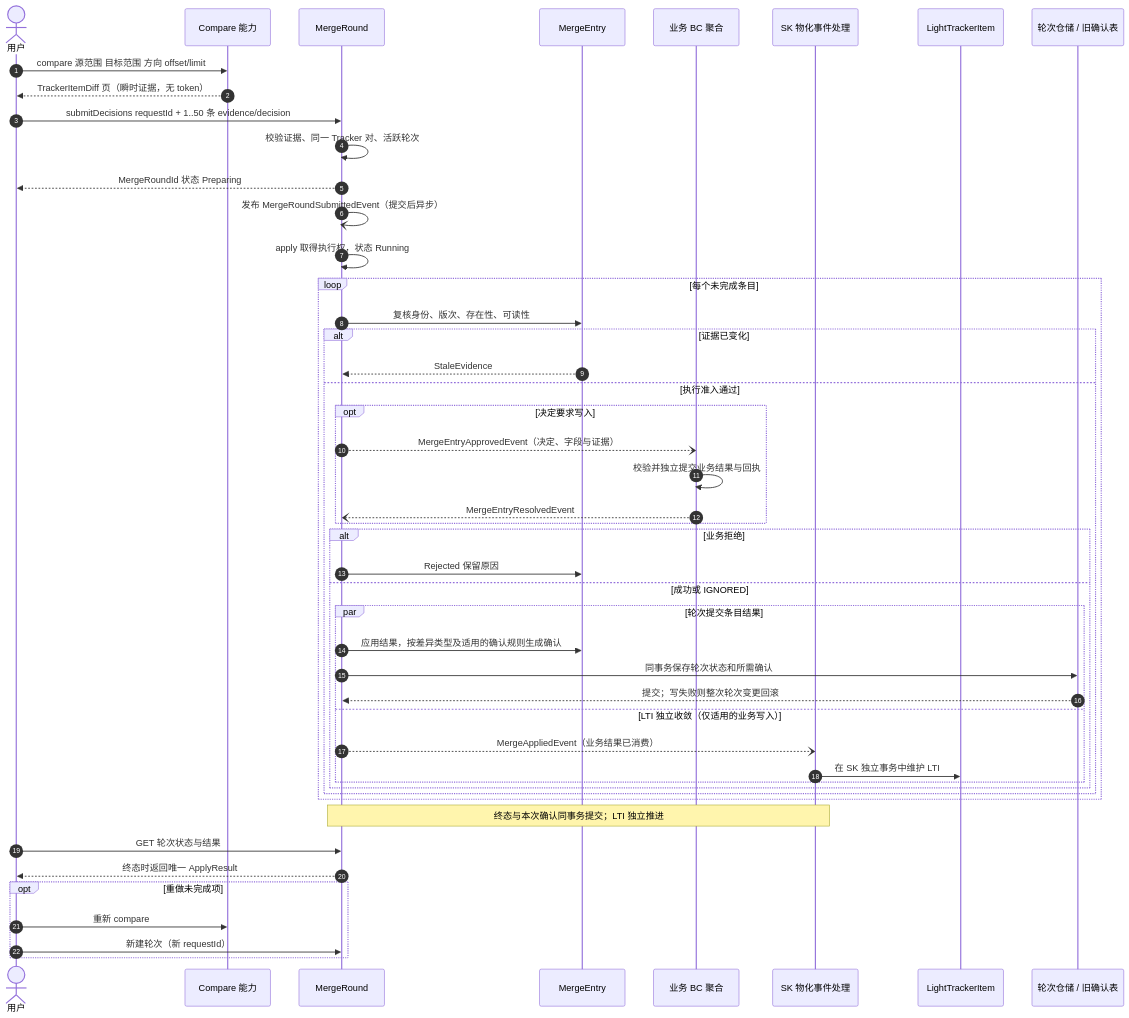
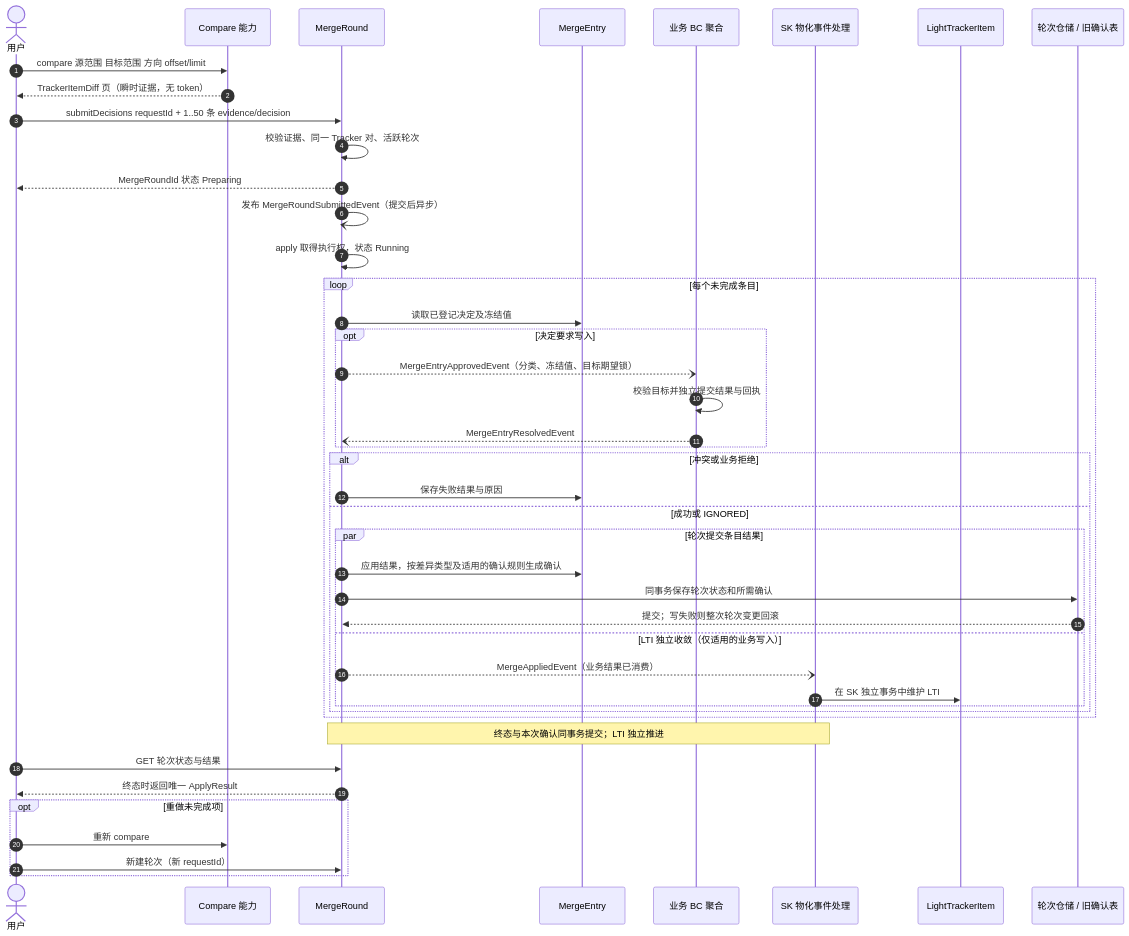
The first of 4 diagrams in docs/working-set/diagrams/merge-entry-lifecycle.md (Greytrack/ddd-workingset), drawn with Mermaid before and after one commit. The commit also changed other lines of this file and 18 other files, not shown here.

````diff
--- a/docs/working-set/diagrams/merge-entry-lifecycle.md
+++ b/docs/working-set/diagrams/merge-entry-lifecycle.md
@@ -19,54 +19,50 @@
 ```mermaid
 sequenceDiagram
     autonumber
     actor U as 用户
     participant D as Compare 能力
     participant R as MergeRound
     participant E as MergeEntry
     participant BC as 业务 BC 聚合
     participant H as SK 物化事件处理
     participant L as LightTrackerItem
     participant C as 轮次仓储 / 旧确认表
 
     U->>D: compare 源范围 目标范围 方向 offset/limit
     D-->>U: TrackerItemDiff 页（瞬时证据，无 token）
 
     U->>R: submitDecisions requestId + 1..50 条 evidence/decision
     R->>R: 校验证据、同一 Tracker 对、活跃轮次
     R-->>U: MergeRoundId 状态 Preparing
     R-)R: 发布 MergeRoundSubmittedEvent（提交后异步）
 
     R->>R: apply 取得执行权，状态 Running
     loop 每个未完成条目
-        R->>E: 复核身份、版次、存在性、可读性
-        alt 证据已变化
-            E-->>R: StaleEvidence
-        else 执行准入通过
-            opt 决定要求写入
-                R--)BC: MergeEntryApprovedEvent（决定、字段与证据）
-                BC->>BC: 校验并独立提交业务结果与回执
-                BC--)R: MergeEntryResolvedEvent
-            end
-            alt 业务拒绝
-                R->>E: Rejected 保留原因
-            else 成功或 IGNORED
-                par 轮次提交条目结果
-                    R->>E: 应用结果，按差异类型及适用的确认规则生成确认
-                    R->>C: 同事务保存轮次状态和所需确认
-                    C-->>R: 提交；写失败则整次轮次变更回滚
-                and LTI 独立收敛（仅适用的业务写入）
-                    R--)H: MergeAppliedEvent（业务结果已消费）
-                    H->>L: 在 SK 独立事务中维护 LTI
-                end
+        R->>E: 读取已登记决定及冻结值
+        opt 决定要求写入
+            R--)BC: MergeEntryApprovedEvent（分类、冻结值、目标期望锁）
+            BC->>BC: 校验目标并独立提交结果与回执
+            BC--)R: MergeEntryResolvedEvent
+        end
+        alt 冲突或业务拒绝
+            R->>E: 保存失败结果与原因
+        else 成功或 IGNORED
+            par 轮次提交条目结果
+                R->>E: 应用结果，按差异类型及适用的确认规则生成确认
+                R->>C: 同事务保存轮次状态和所需确认
+                C-->>R: 提交；写失败则整次轮次变更回滚
+            and LTI 独立收敛（仅适用的业务写入）
+                R--)H: MergeAppliedEvent（业务结果已消费）
+                H->>L: 在 SK 独立事务中维护 LTI
             end
         end
     end
     Note over R,H: 终态与本次确认同事务提交；LTI 独立推进
     U->>R: GET 轮次状态与结果
     R-->>U: 终态时返回唯一 ApplyResult
 
     opt 重做未完成项
         U->>D: 重新 compare
         U->>R: 新建轮次（新 requestId）
     end
 ```
````
